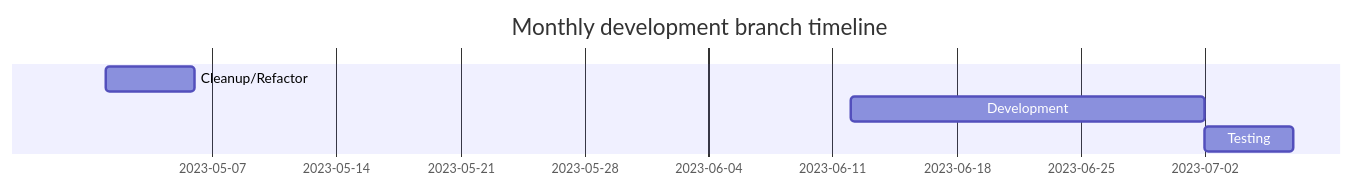
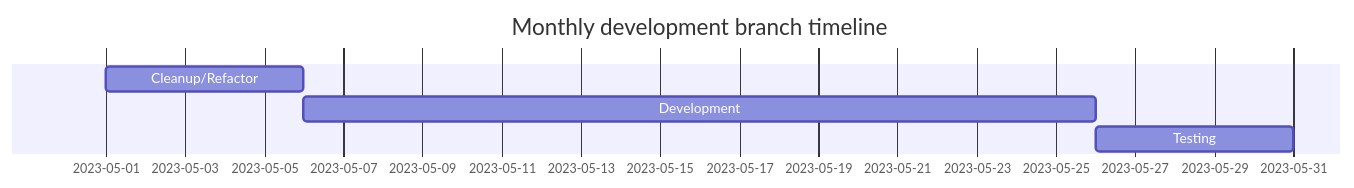
One commit to spectrum-health-systems/Abatab changed the third of 3 diagrams in README_development.md. Above: the diagram before and after it, drawn with Mermaid.

````diff
--- a/README_development.md
+++ b/README_development.md
@@ -97,8 +97,8 @@
 ```mermaid
 gantt
   title Monthly development branch timeline
   dateFormat YY-MM-DD
   Cleanup/Refactor :23-05-01,5d
-  Development :after a1, 20d
+  Development :20d
   Testing : 5d
 ```
````
